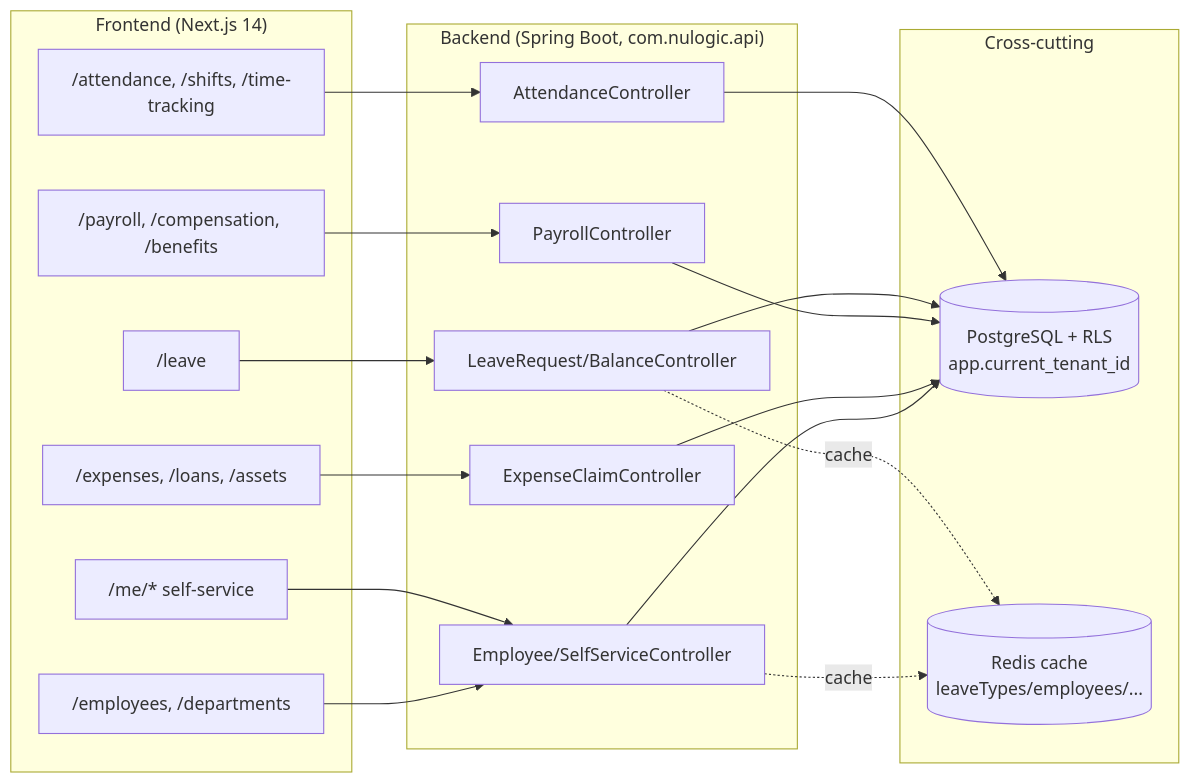
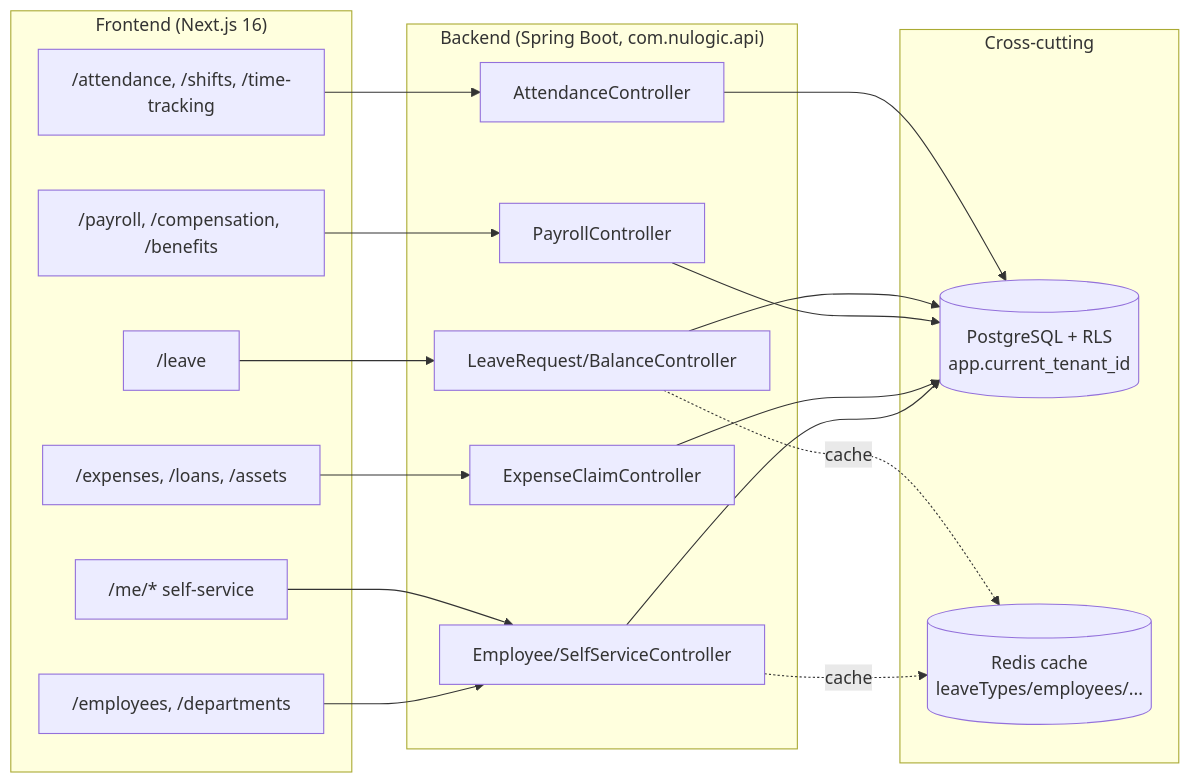
One commit to fayaz30395/nu-aura changed the fourth of 4 diagrams in docs/apps/nu-hrms.md. Above: the diagram before and after it, drawn with Mermaid. The commit also changed other lines of this file and 6 other files, not shown here.

````diff
--- a/docs/apps/nu-hrms.md
+++ b/docs/apps/nu-hrms.md
@@ -202,35 +202,35 @@
 ```mermaid
 flowchart LR
-    subgraph FE["Frontend (Next.js 14)"]
+    subgraph FE["Frontend (Next.js 16)"]
       ME["/me/* self-service"]
       ATT["/attendance, /shifts, /time-tracking"]
       LV["/leave"]
       PAY["/payroll, /compensation, /benefits"]
       EXP["/expenses, /loans, /assets"]
       EMP["/employees, /departments"]
     end
     subgraph BE["Backend (Spring Boot, com.nulogic.api)"]
       AC[AttendanceController]
       LC[LeaveRequest/BalanceController]
       PC[PayrollController]
       ECx[ExpenseClaimController]
       EMC[Employee/SelfServiceController]
     end
     subgraph INFRA["Cross-cutting"]
       RLS[(PostgreSQL + RLS\napp.current_tenant_id)]
       REDIS[(Redis cache\nleaveTypes/employees/...)]
     end
     ME --> EMC
     ATT --> AC
     LV --> LC
     PAY --> PC
     EXP --> ECx
     EMP --> EMC
     AC --> RLS
     LC --> RLS
     PC --> RLS
     ECx --> RLS
     EMC --> RLS
     LC -.cache.-> REDIS
     EMC -.cache.-> REDIS
 ```
````
